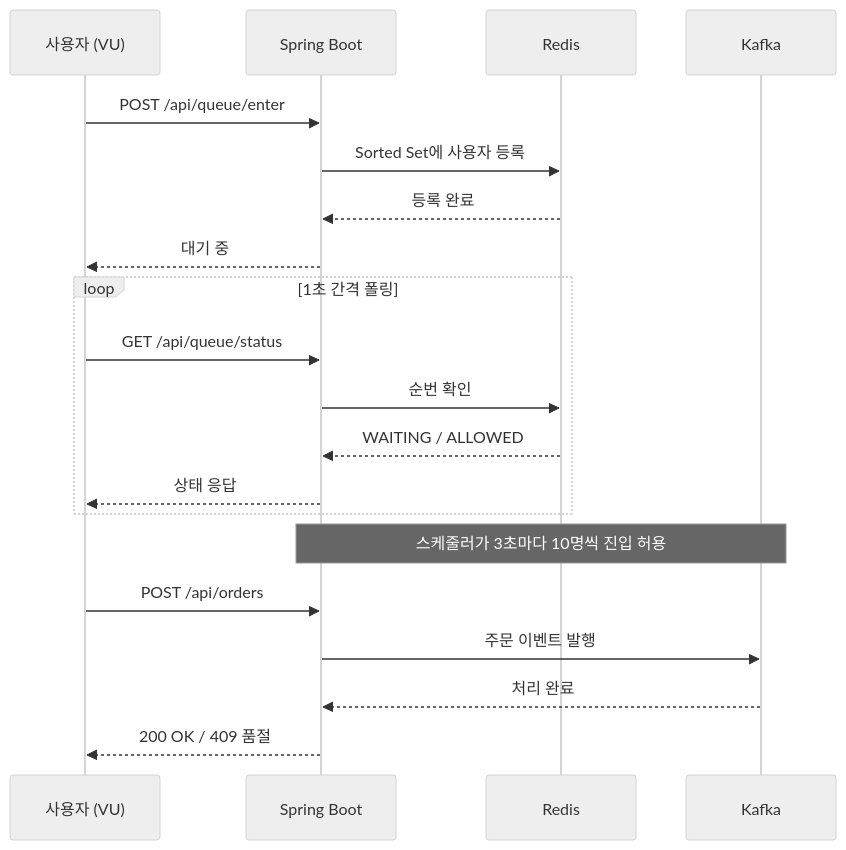
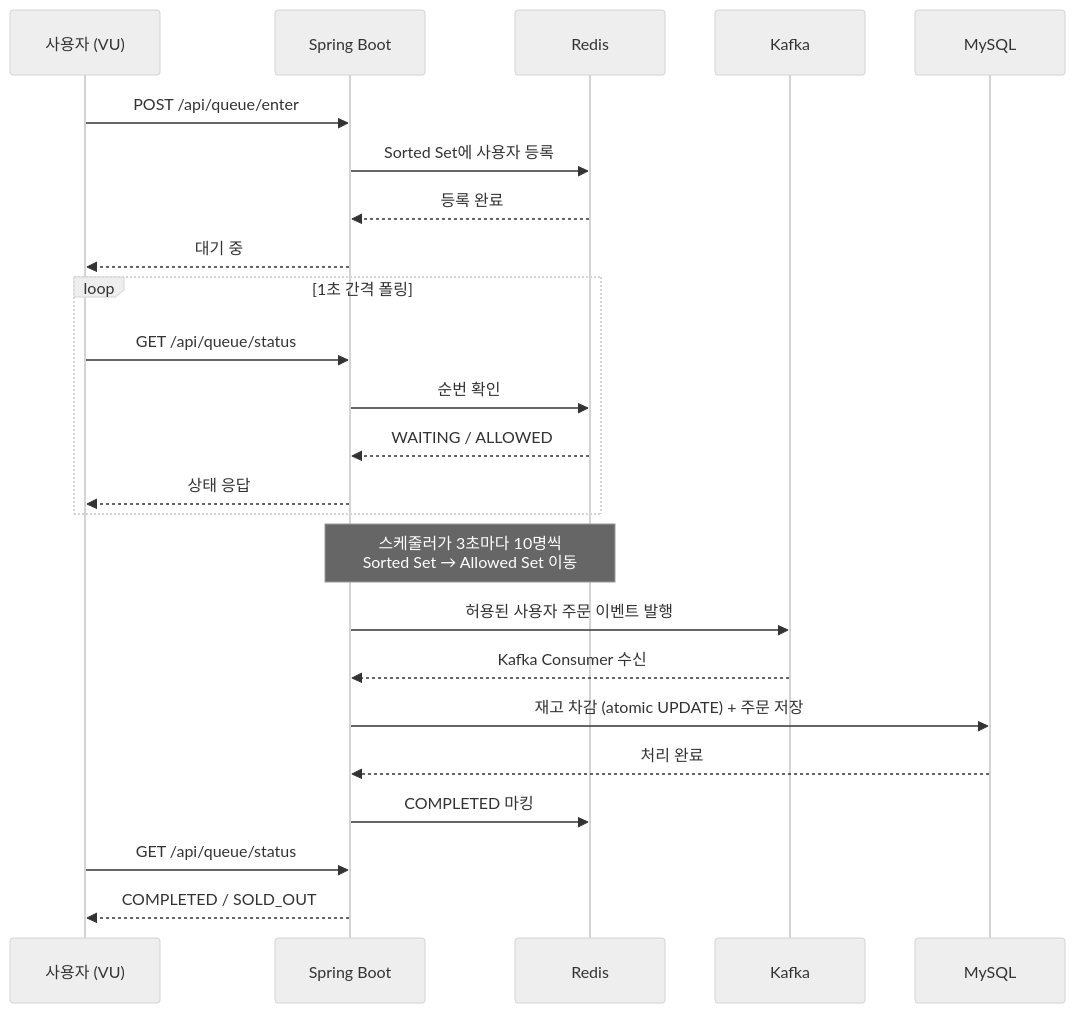
One commit to rhcwlq89/rhcwlq89.github.io changed the third of 4 diagrams in src/content/blog/fcfs-load-test-comparison.md. Above: the diagram before and after it, drawn with Mermaid (neutral theme). The commit also changed other lines of this file and 1 other file, not shown here.

First line of the commit message:
fix: 8편 대기열·토큰 시퀀스 다이어그램을 실제 구현에 맞게 수정 (한/영)

````diff
--- a/src/content/blog/fcfs-load-test-comparison.md
+++ b/src/content/blog/fcfs-load-test-comparison.md
@@ -205,26 +205,31 @@
 ```mermaid
 sequenceDiagram
     participant U as 사용자 (VU)
     participant A as Spring Boot
     participant R as Redis
     participant K as Kafka
+    participant DB as MySQL
 
     U->>A: POST /api/queue/enter
     A->>R: Sorted Set에 사용자 등록
     R-->>A: 등록 완료
     A-->>U: 대기 중
 
     loop 1초 간격 폴링
         U->>A: GET /api/queue/status
         A->>R: 순번 확인
         R-->>A: WAITING / ALLOWED
         A-->>U: 상태 응답
     end
 
-    Note over A,K: 스케줄러가 3초마다 10명씩 진입 허용
+    Note over A,R: 스케줄러가 3초마다 10명씩<br/>Sorted Set → Allowed Set 이동
 
-    U->>A: POST /api/orders
-    A->>K: 주문 이벤트 발행
-    K-->>A: 처리 완료
-    A-->>U: 200 OK / 409 품절
+    A->>K: 허용된 사용자 주문 이벤트 발행
+    K-->>A: Kafka Consumer 수신
+    A->>DB: 재고 차감 (atomic UPDATE) + 주문 저장
+    DB-->>A: 처리 완료
+    A->>R: COMPLETED 마킹
+
+    U->>A: GET /api/queue/status
+    A-->>U: COMPLETED / SOLD_OUT
 ```
````
